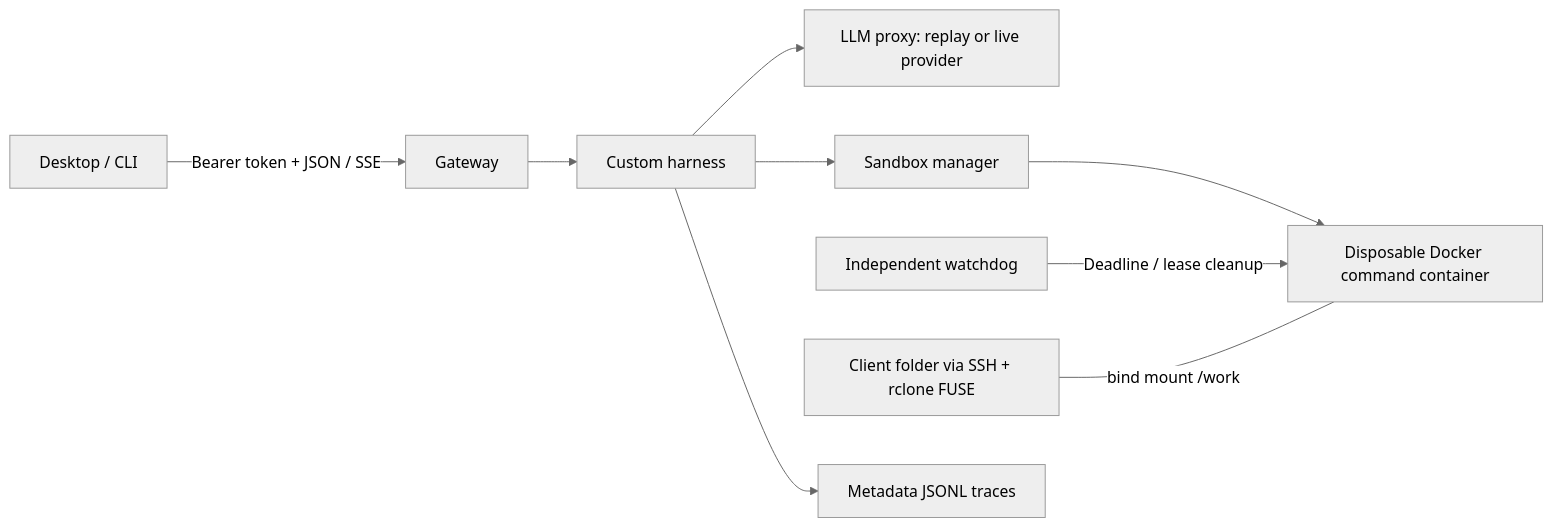
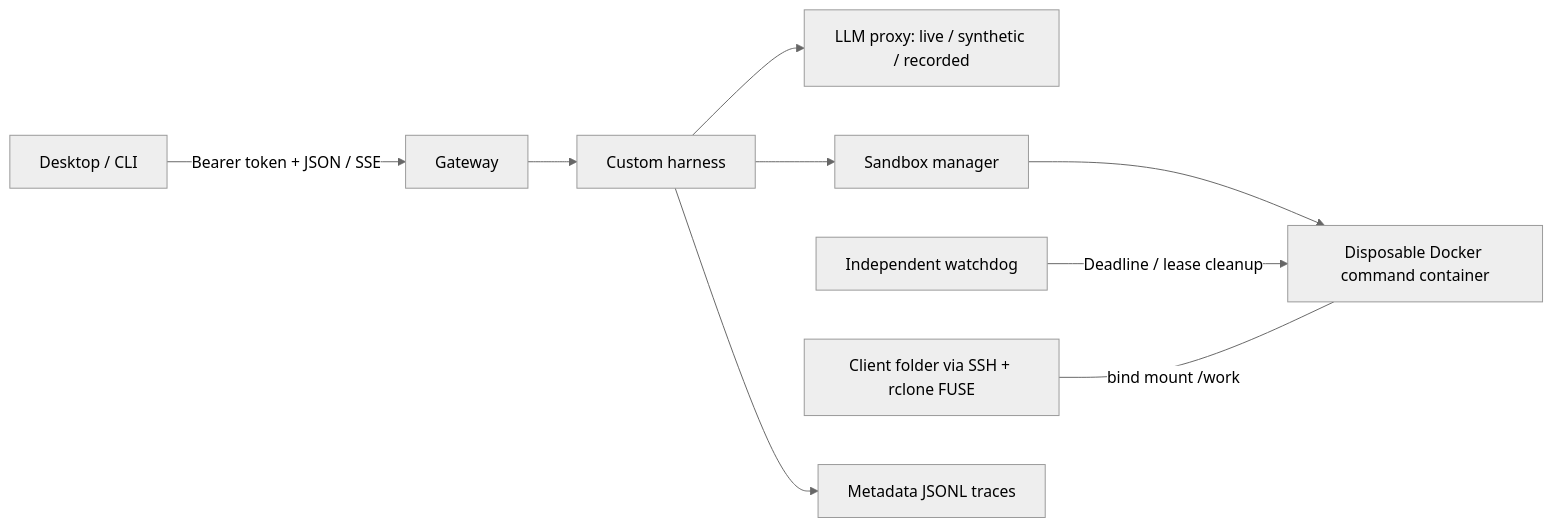
One commit to r9zhenka/itmo-agent-runtime-track-a changed the diagram in README.md. Above: the diagram before and after it, drawn with Mermaid (neutral theme). The commit also changed other lines of this file and 39 other files, not shown here.

Commit message:
Document checkpoint 2 fixes, architecture and verified acceptance evidence

````diff
--- a/README.md
+++ b/README.md
@@ -46,11 +58,11 @@
 ```mermaid
 flowchart LR
     C[Desktop / CLI] -->|Bearer token + JSON / SSE| G[Gateway]
     G --> H[Custom harness]
-    H --> P[LLM proxy: replay or live provider]
+    H --> P[LLM proxy: live / synthetic / recorded]
     H --> S[Sandbox manager]
     S --> D[Disposable Docker command container]
     X[Independent watchdog] -->|Deadline / lease cleanup| D
     W[Client folder via SSH + rclone FUSE] ---|bind mount /work| D
     H --> T[Metadata JSONL traces]
 ```
````
